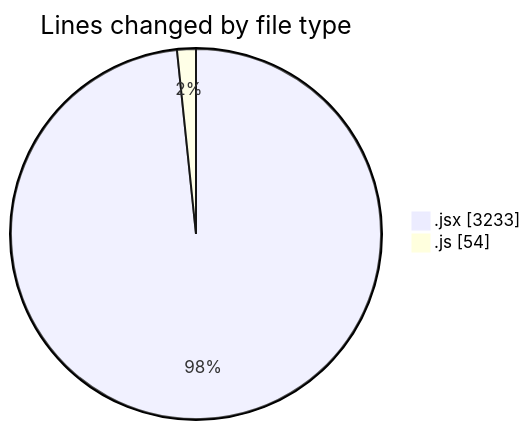
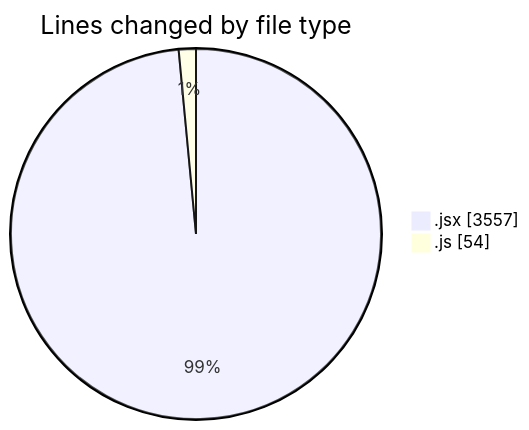
One commit to nxtqubesakshisongat/code-tracking changed the first of 2 diagrams in 2025-06-25/nxtqube_webapp/README.md. Above: the diagram before and after it, drawn with Mermaid. The commit also changed other lines of this file and 1 other file, not shown here.

````diff
--- a/2025-06-25/nxtqube_webapp/README.md
+++ b/2025-06-25/nxtqube_webapp/README.md
@@ -24,6 +24,6 @@
 ```mermaid
 pie showData
 title Lines changed by file type
-".jsx" : 3233
+".jsx" : 3557
 ".js" : 54
 ```
````
